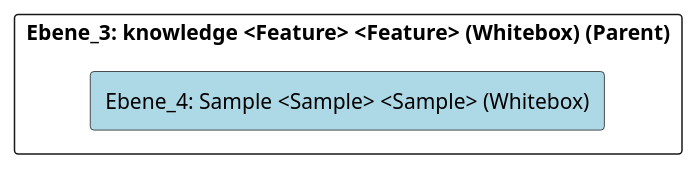
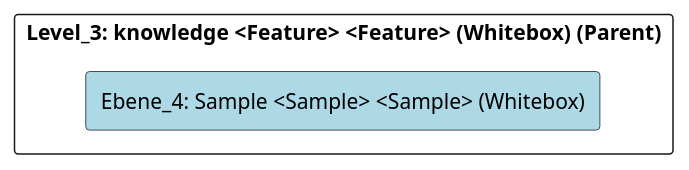
One commit to marcozwyssig/cleon changed the diagram in doc/cleonproject_deliverables_architecture_model_architecture/adoc/de/05_bausteinsicht/cleon/common/knowledge/sample/ebene_4_sample.adoc. Above: the diagram before and after it, drawn with PlantUML. The commit also changed other lines of this file and 169 other files, not shown here.

```diff
--- a/doc/cleonproject_deliverables_architecture_model_architecture/adoc/de/05_bausteinsicht/cleon/common/knowledge/sample/ebene_4_sample.adoc
+++ b/doc/cleonproject_deliverables_architecture_model_architecture/adoc/de/05_bausteinsicht/cleon/common/knowledge/sample/ebene_4_sample.adoc
@@ -20,24 +20,24 @@
 [plantuml, Ebene_4: Sample <Sample> <Sample> (Whitebox)BlockOverview, format="svg"]
 ----
 @startuml Ebene_4: Sample <Sample> <Sample> (Whitebox)BuildingBlockOverview
 
 skinparam ranksep 10
 skinparam componentStyle rectangle
 skinparam shadowing false
 skinparam arrowColor lightblue
 skinparam arrowThickness 1.2
 skinparam rectangle {
   BackgroundColor White
   BorderColor #333
   RoundCorner 10
 }
 top to bottom direction
 
-component "Ebene_3: knowledge <Feature> <Feature> (Whitebox) (Parent)" {
+component "Level_3: knowledge <Feature> <Feature> (Whitebox) (Parent)" {
     component "Ebene_4: Sample <Sample> <Sample> (Whitebox)" #lightblue {
     }
 
 }
 
 @enduml
 ----
```
